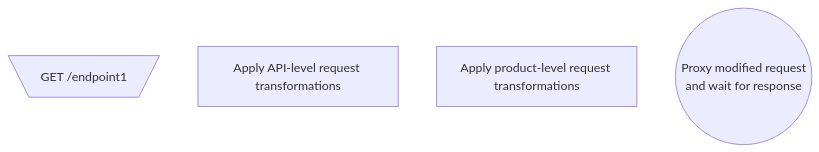
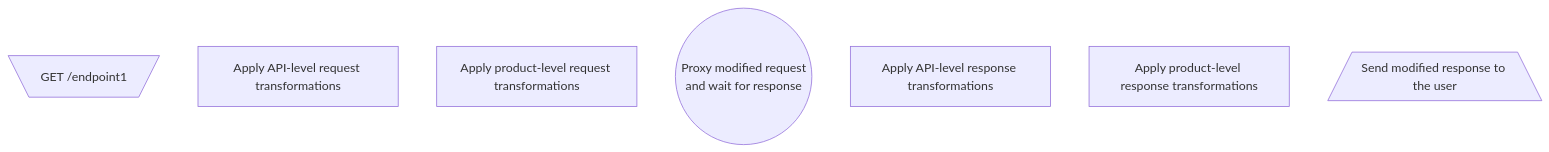
One commit to olschaefer/docs changed the diagram in api-management/transformations.mdx. Above: the diagram before and after it, drawn with Mermaid.

Commit message:
Documentation edits made through Mintlify web editor

````diff
--- a/api-management/transformations.mdx
+++ b/api-management/transformations.mdx
@@ -25,11 +25,16 @@
 ```mermaid
 graph TD
   input[\"GET /endpoint1"/]
   
   apply_api_req_tfs[Apply API-level request transformations]
   apply_product_req_tfs[Apply product-level request transformations]
   
   proxy_and_wait(("Proxy modified request
   and wait for response"))
   
+  apply_api_resp_tfs[Apply API-level response transformations]
+  apply_product_resp_tfs[Apply product-level response transformations]
+  
+  send_response[/Send modified response to the user\]
+
 ```
````
